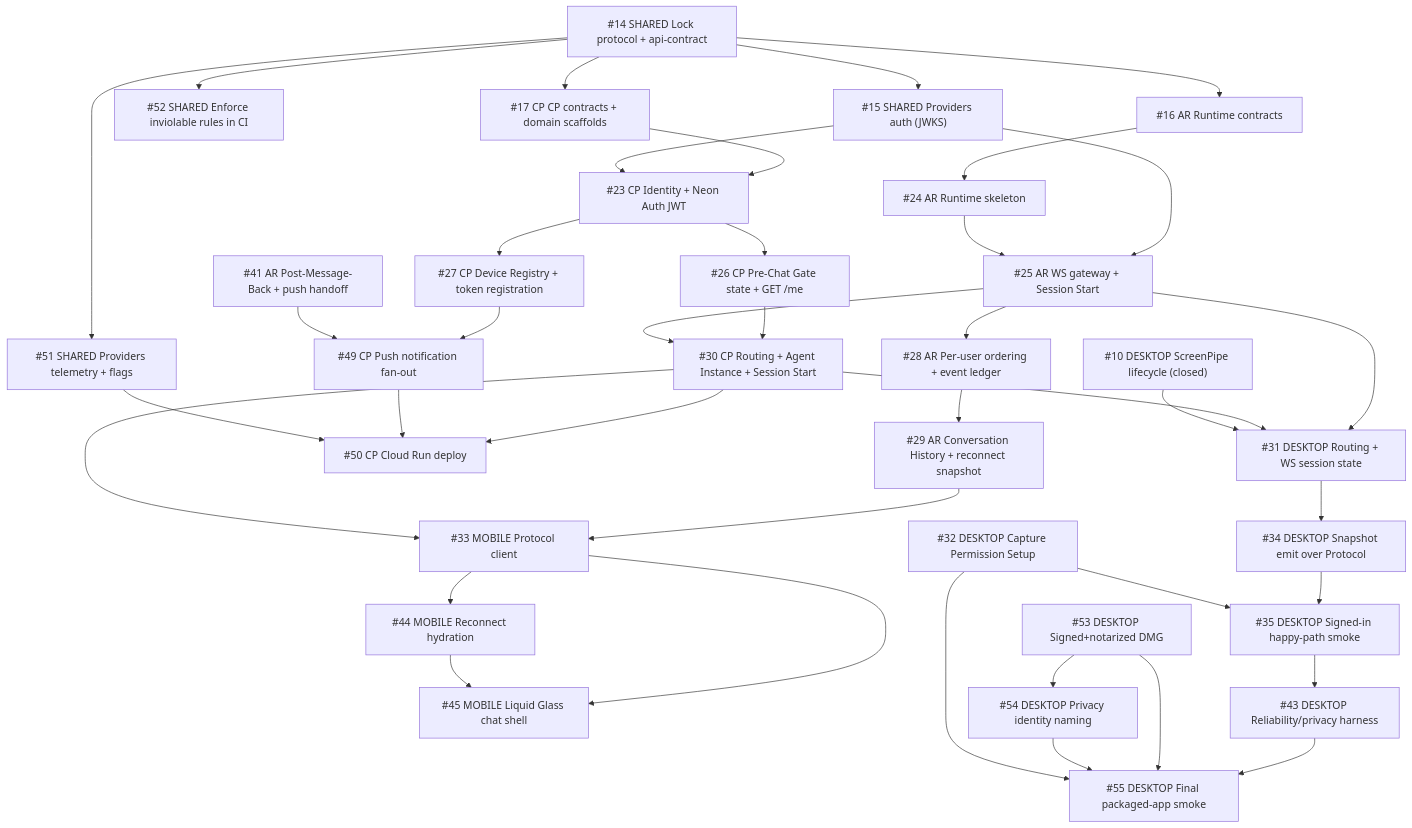
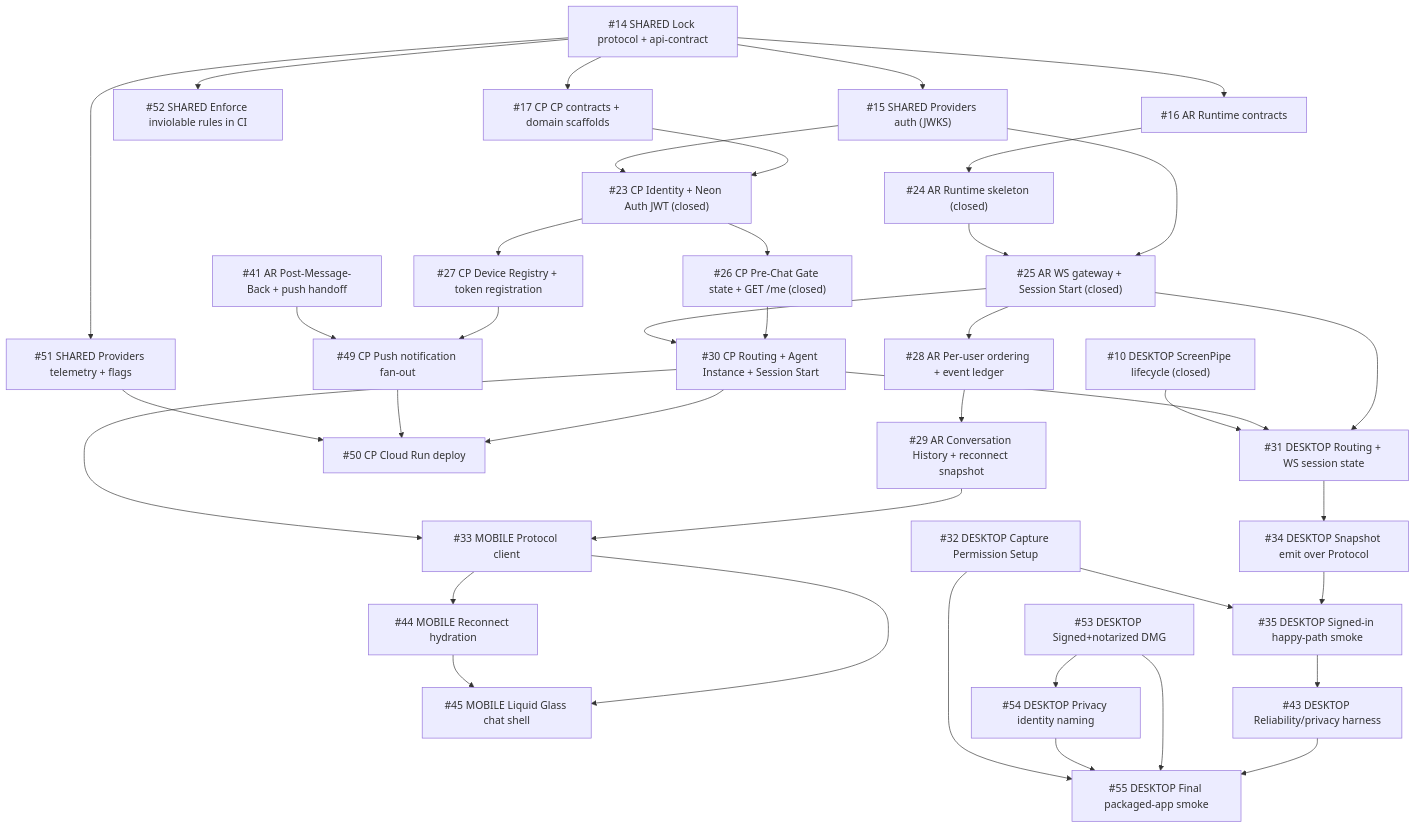
The diagram in docs/ISSUE-BOARD.md (sruj75/Intentive), drawn with Mermaid before and after one commit. The commit also changed other lines of this file and 37 other files, not shown here.

````diff
--- a/docs/ISSUE-BOARD.md
+++ b/docs/ISSUE-BOARD.md
@@ -27,48 +28,48 @@
 ```mermaid
 flowchart TD
   N08["#14 SHARED Lock protocol + api-contract"] --> N09["#15 SHARED Providers auth (JWKS)"]
   N08 --> N45["#51 SHARED Providers telemetry + flags"]
   N08 --> N46["#52 SHARED Enforce inviolable rules in CI"]
 
   N08 --> N10["#16 AR Runtime contracts"]
   N08 --> N11["#17 CP CP contracts + domain scaffolds"]
 
-  N10 --> N18["#24 AR Runtime skeleton"]
+  N10 --> N18["#24 AR Runtime skeleton (closed)"]
   N09 --> N19
-  N18 --> N19["#25 AR WS gateway + Session Start"]
+  N18 --> N19["#25 AR WS gateway + Session Start (closed)"]
   N19 --> N22["#28 AR Per-user ordering + event ledger"]
   N22 --> N23["#29 AR Conversation History + reconnect snapshot"]
 
-  N11 --> N17["#23 CP Identity + Neon Auth JWT"]
+  N11 --> N17["#23 CP Identity + Neon Auth JWT (closed)"]
   N09 --> N17
-  N17 --> N20["#26 CP Pre-Chat Gate state + GET /me"]
+  N17 --> N20["#26 CP Pre-Chat Gate state + GET /me (closed)"]
   N17 --> N21["#27 CP Device Registry + token registration"]
   N20 --> N24["#30 CP Routing + Agent Instance + Session Start"]
   N19 --> N24
   N21 --> N43["#49 CP Push notification fan-out"]
   N35["#41 AR Post-Message-Back + push handoff"] --> N43
   N24 --> N44["#50 CP Cloud Run deploy"]
   N43 --> N44
   N45 --> N44
 
   N23 --> N27["#33 MOBILE Protocol client"]
   N24 --> N27
   N27 --> N38["#44 MOBILE Reconnect hydration"]
   N27 --> N39["#45 MOBILE Liquid Glass chat shell"]
   N38 --> N39
 
   N19 --> N25["#31 DESKTOP Routing + WS session state"]
   N24 --> N25
   N04["#10 DESKTOP ScreenPipe lifecycle (closed)"] --> N25
   N25 --> N28["#34 DESKTOP Snapshot emit over Protocol"]
   N28 --> N29["#35 DESKTOP Signed-in happy-path smoke"]
 
   N47["#53 DESKTOP Signed+notarized DMG"] --> N48["#54 DESKTOP Privacy identity naming"]
   N26["#32 DESKTOP Capture Permission Setup"] --> N29
   N49["#55 DESKTOP Final packaged-app smoke"]
   N29 --> N37["#43 DESKTOP Reliability/privacy harness"]
   N37 --> N49
   N47 --> N49
   N48 --> N49
   N26 --> N49
 ```
````
